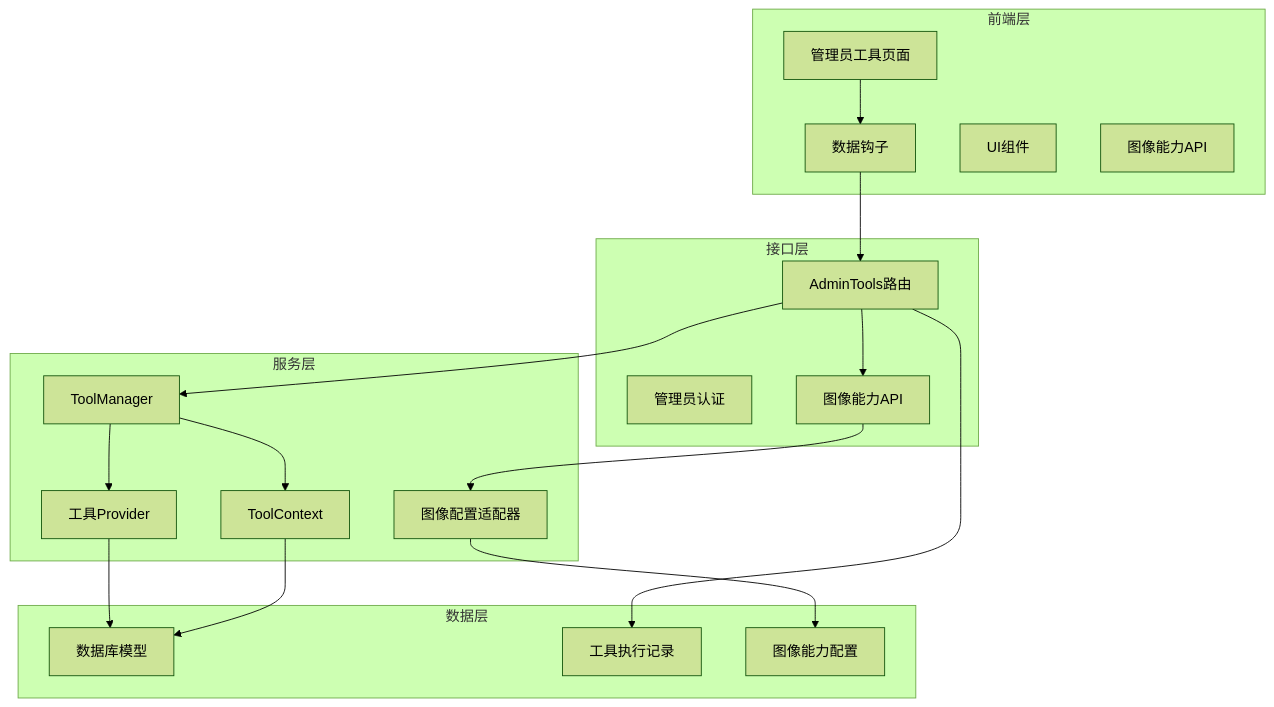
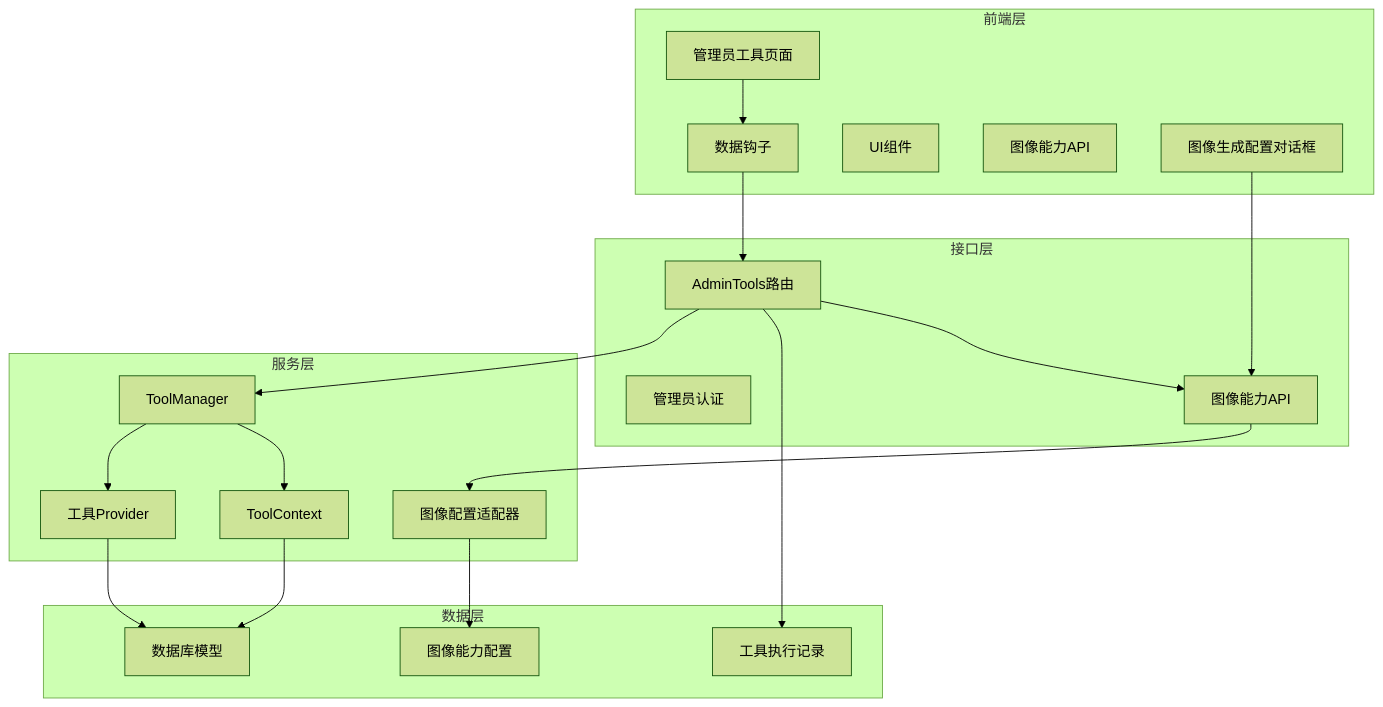
The first of 11 diagrams in .qoder/repowiki/zh/content/管理员后台系统/管理员工具管理.md (KunLabAI/KunFlix), drawn with Mermaid (forest theme) before and after one commit. The commit also changed other lines of this file and 24 other files, not shown here.

````diff
--- a/.qoder/repowiki/zh/content/管理员后台系统/管理员工具管理.md
+++ b/.qoder/repowiki/zh/content/管理员后台系统/管理员工具管理.md
@@ -53,36 +54,38 @@
 ```mermaid
 graph TB
 subgraph "前端层"
 UI[管理员工具页面]
 Hooks[数据钩子]
 Components[UI组件]
 ImageCapabilities[图像能力API]
+ImageGenConfigDialog[图像生成配置对话框]
 end
 subgraph "接口层"
 Router[AdminTools路由]
 Auth[管理员认证]
 ImageCapabilitiesAPI[图像能力API]
 end
 subgraph "服务层"
 Manager[ToolManager]
 Providers[工具Provider]
 Context[ToolContext]
 ImageAdapter[图像配置适配器]
 end
 subgraph "数据层"
 Models[数据库模型]
 Executions[工具执行记录]
 Capabilities[图像能力配置]
 end
 UI --> Hooks
 Hooks --> Router
 Router --> Manager
 Manager --> Providers
 Manager --> Context
 Providers --> Models
 Context --> Models
 Router --> Executions
 Router --> ImageCapabilitiesAPI
 ImageCapabilitiesAPI --> ImageAdapter
 ImageAdapter --> Capabilities
+ImageGenConfigDialog --> ImageCapabilitiesAPI
 ```
````
